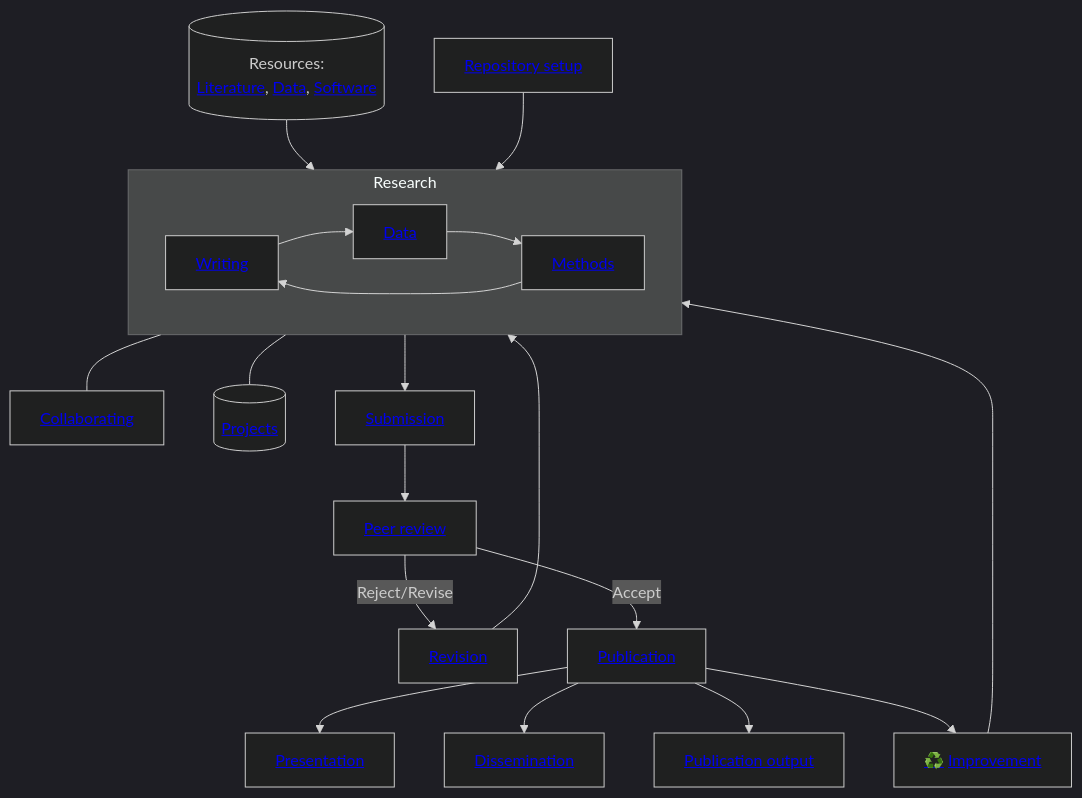
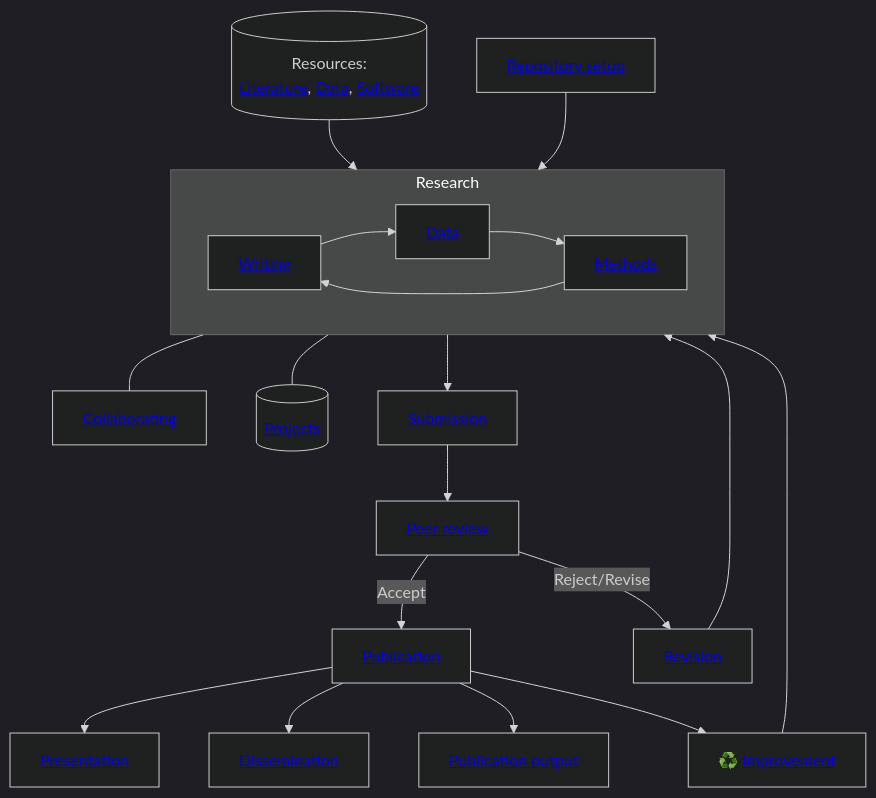
One commit to digital-work-lab/handbook changed the diagram in docs/20-research/index.md. Above: the diagram before and after it, drawn with Mermaid (dark theme). The commit also changed other lines of this file, not shown here.

````diff
--- a/docs/20-research/index.md
+++ b/docs/20-research/index.md
@@ -14,27 +14,27 @@
 ```mermaid
 flowchart TB
 
     subgraph Research
         Writing["<a href='20_processes/20.29.writing.html'>Writing</a>"] --> Data
         Methods["<a href='20_processes/20.18.methods.html'>Methods</a>"] --> Writing
         Data["<a href='20_processes/20.17.data.html'>Data</a>"] --> Methods
     end
 
     Research --- Collaborating["<a href='20_processes/20.16.collaboration.html'>Collaborating</a>"]
     Projects[("<a href='25-projects.html'>Projects</a>")]
     Research --- Projects
 
     Resources[("Resources:<br><a href='22-literature.html'>Literature</a>, <a href='23-data.html'>Data</a>, <a href='24-software.html'>Software</a>")] --> Research
     Setup["<a href='20_processes/20.15.repo-setup.html'>Repository setup</a>"] --> Research
     Research --> Submission["<a href='20_processes/20.30.pre-submission.html'>Submission</a>"]
     Submission --> Review["<a href='../50-service/50_processes/50.10.reviewer.html'>Peer review</a>"]
+    Review -->|Accept| Publication["<a href='20_processes/20.33.publication.html'>Publication</a>"]
     Review -->|Reject/Revise| Revise["<a href='20_processes/20.32.revision.html'>Revision</a>"]
     Revise --> Research
     
-    Review -->|Accept| Publication["<a href='20_processes/20.33.publication.html'>Publication</a>"]
     Publication --> Presentation["<a href='20_processes/20.28.presentation.html'>Presentation</a>"]
     Publication --> Dissemination["<a href='20_processes/20.34.dissemination.html'>Dissemination</a>"]
     Publication --> PublicationOutput["<a href='29-publications.html'>Publication output</a>"]
     Publication --> Improvement["<a href='../10-lab/10_processes/10.01.goals.html'>♻️</a> <a href='20_processes/20.35.improvement.html'>Improvement</a>"] --> Research
 
 ```
````
